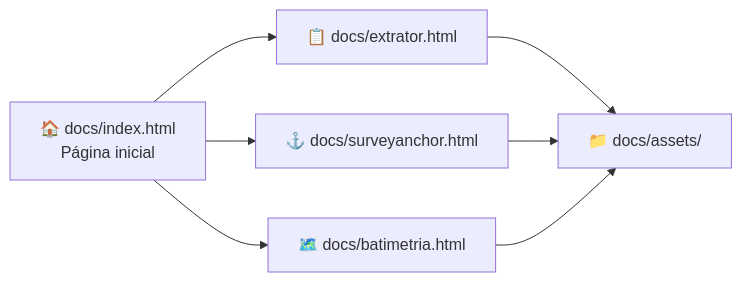
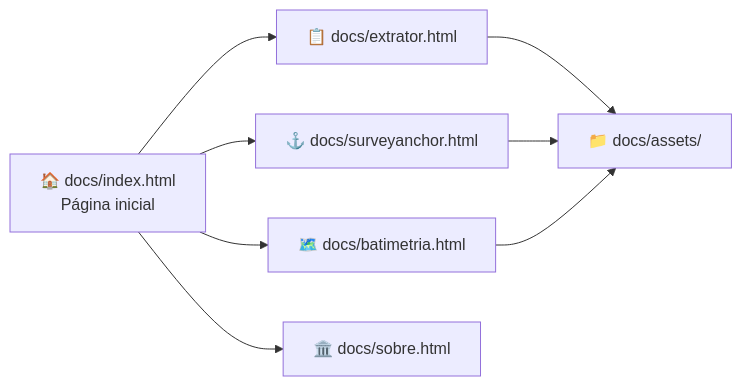
One commit to AndressaLF/ggemma_projects changed the first of 2 diagrams in README.md. Above: the diagram before and after it, drawn with Mermaid. The commit also changed other lines of this file and 10 other files, not shown here.

````diff
--- a/README.md
+++ b/README.md
@@ -178,9 +183,10 @@
 ```mermaid
 flowchart LR
   A["🏠 docs/index.html<br/>Página inicial"] --> B["📋 docs/extrator.html"]
   A --> S["⚓ docs/surveyanchor.html"]
   A --> C["🗺️ docs/batimetria.html"]
+  A --> O["🏛️ docs/sobre.html"]
   B --> D["📁 docs/assets/"]
   S --> D
   C --> D
 ```
````
